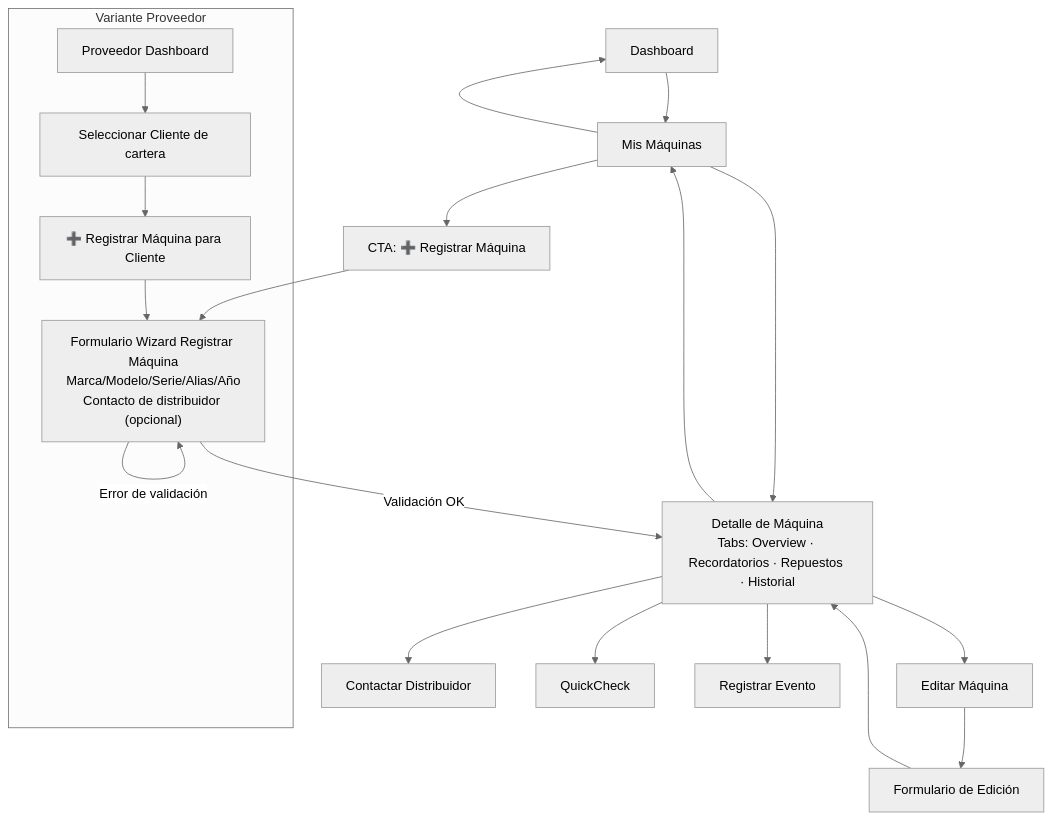
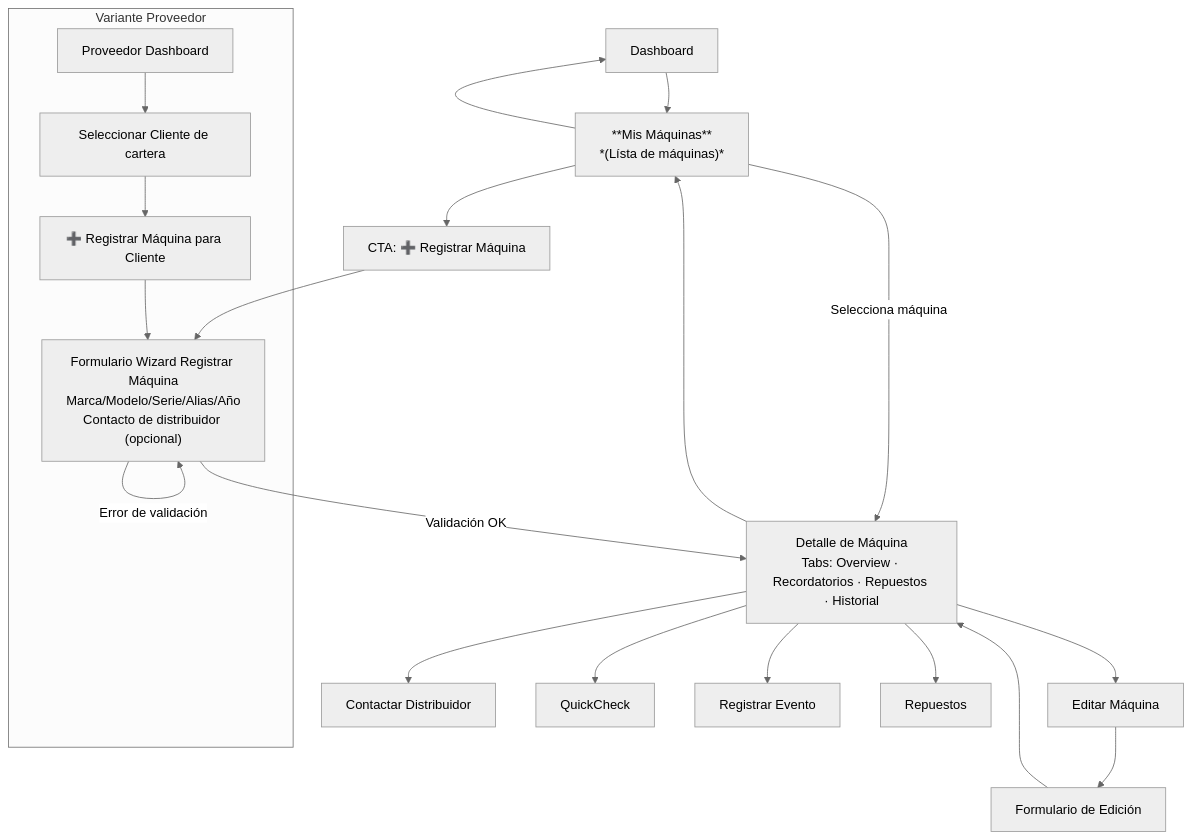
Before and after one commit to MarkMed/FleetMan: the third of 9 diagrams in docs/userJourney.md, drawn with Mermaid (neutral theme).

Commit message:
Update user journey documentation: enhance 'Mis Máquinas' flow with detailed machine selection and add 'Repuestos' option

````diff
--- a/docs/userJourney.md
+++ b/docs/userJourney.md
@@ -87,27 +87,28 @@
 ```mermaid
 flowchart TD
-    DASH[Dashboard] --> MACHINES[Mis Máquinas]
+    DASH[Dashboard] --> MACHINES[**Mis Máquinas**<br/>*#40;Lísta de máquinas#41;*]
     MACHINES --> DASH
     MACHINES --> CREATE[CTA: ➕ Registrar Máquina]
-    MACHINES --> DETAIL["Detalle de Máquina<br/>Tabs: Overview · Recordatorios · Repuestos · Historial"]
+    MACHINES --> |Selecciona máquina| DETAIL["Detalle de Máquina<br/>Tabs: Overview · Recordatorios · Repuestos · Historial"]
     
     CREATE --> WIZARD["Formulario Wizard Registrar Máquina<br/>Marca/Modelo/Serie/Alias/Año<br/>Contacto de distribuidor #40;opcional#41;"]
     WIZARD -->|Validación OK| DETAIL
     WIZARD -->|Error de validación| WIZARD
     
     DETAIL --> MACHINES
     DETAIL --> EDIT[Editar Máquina]
     DETAIL --> CONTACT[Contactar Distribuidor]
     DETAIL --> QUICKCHECK_MACHINE[QuickCheck]
     DETAIL --> EVENT[Registrar Evento]
+    DETAIL --> REPUESTOS[Repuestos]
     
     EDIT --> EDIT_FORM[Formulario de Edición]
     EDIT_FORM --> DETAIL
     
     %% Variante Proveedor
     subgraph "Variante Proveedor"
         PROVIDER[Proveedor Dashboard] --> SELECT_CLIENT[Seleccionar Cliente de cartera]
         SELECT_CLIENT --> CREATE_FOR_CLIENT[➕ Registrar Máquina para Cliente]
         CREATE_FOR_CLIENT --> WIZARD
     end
 ```
````
